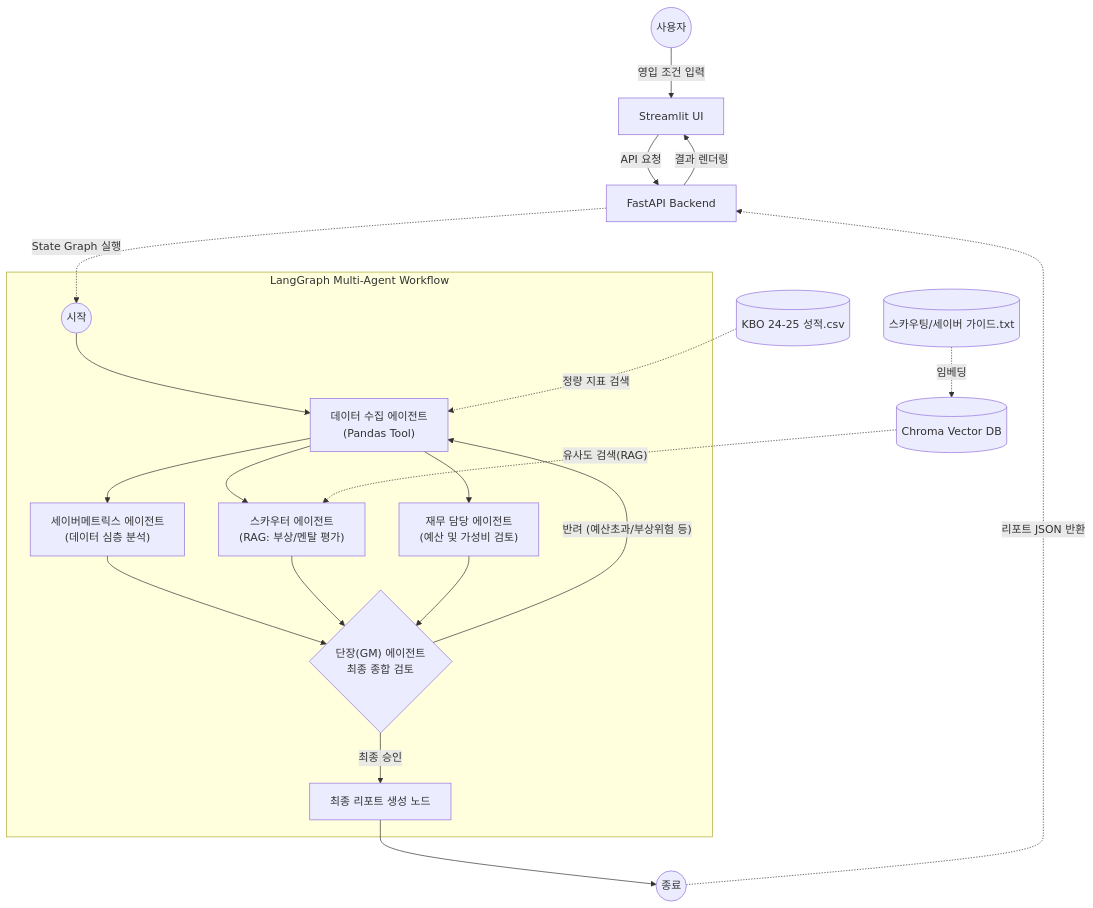
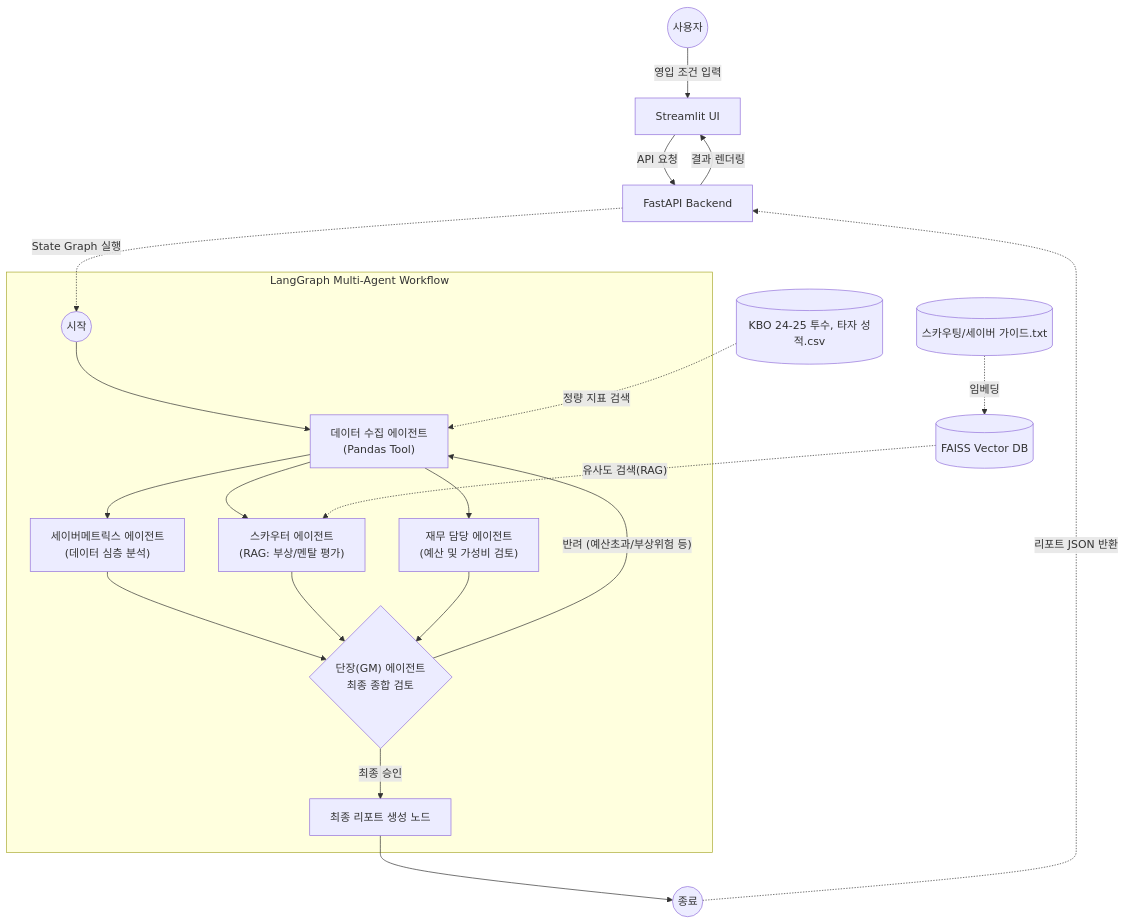
The diagram in README.md (nomad4u/nomad4u), drawn with Mermaid before and after one commit.

Commit message:
Update README.md
faiss

````diff
--- a/README.md
+++ b/README.md
@@ -18,35 +18,35 @@
 ```mermaid
 graph TD
     %% 외부 사용자 및 인터페이스
     User((사용자)) --> |"영입 조건 입력"| UI[Streamlit UI]
     UI --> |"API 요청"| Backend[FastAPI Backend]
 
     %% LangGraph 핵심 워크플로우
     subgraph "LangGraph Multi-Agent Workflow"
         Start((시작)) --> DataAgent["데이터 수집 에이전트<br/>(Pandas Tool)"]
         
         %% 병렬 분석 처리
         DataAgent --> SaberAgent["세이버메트릭스 에이전트<br/>(데이터 심층 분석)"]
         DataAgent --> ScouterAgent["스카우터 에이전트<br/>(RAG: 부상/멘탈 평가)"]
         DataAgent --> FinanceAgent["재무 담당 에이전트<br/>(예산 및 가성비 검토)"]
         
         SaberAgent --> GM_Review{"단장(GM) 에이전트<br/>최종 종합 검토"}
         ScouterAgent --> GM_Review
         FinanceAgent --> GM_Review
         
         %% 피드백 루프 (Conditional Edge)
         GM_Review -- "반려 (예산초과/부상위험 등)" --> DataAgent
         GM_Review -- "최종 승인" --> ReportGen[최종 리포트 생성 노드]
     end
 
     %% 데이터 저장소 연동
-    CSV[(KBO 24-25 성적.csv)] -.-> |"정량 지표 검색"| DataAgent
-    VDB[(Chroma Vector DB)] -.-> |"유사도 검색(RAG)"| ScouterAgent
+    CSV[(KBO 24-25 투수, 타자 성적.csv)] -.-> |"정량 지표 검색"| DataAgent
+    VDB[(FAISS Vector DB)] -.-> |"유사도 검색(RAG)"| ScouterAgent
     Text[("스카우팅/세이버 가이드.txt")] -.-> |"임베딩"| VDB
 
     %% 결과 출력
     Backend -.-> |"State Graph 실행"| Start
     ReportGen --> End((종료))
     End -.-> |"리포트 JSON 반환"| Backend
     Backend --> |"결과 렌더링"| UI
 ```
````
